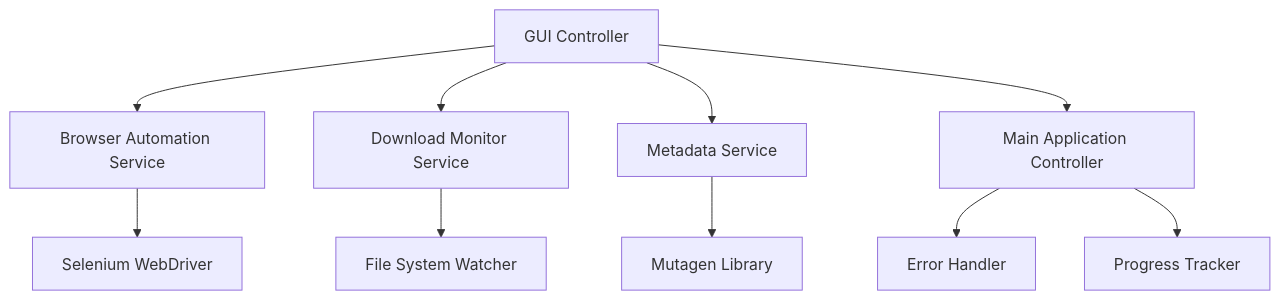
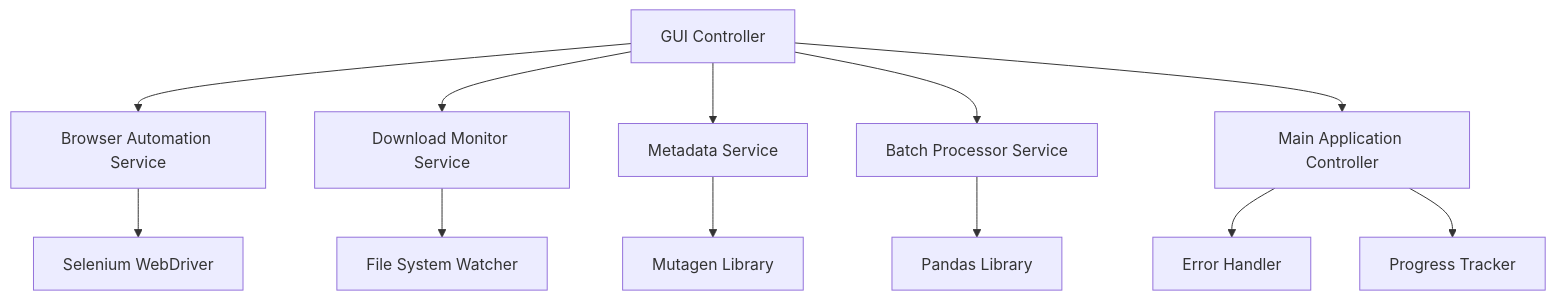
One commit to blichtle/YouTubeMP3Utility changed the diagram in .kiro/specs/youtube-mp3-downloader/design.md. Above: the diagram before and after it, drawn with Mermaid. The commit also changed other lines of this file and 4 other files, not shown here.

````diff
--- a/.kiro/specs/youtube-mp3-downloader/design.md
+++ b/.kiro/specs/youtube-mp3-downloader/design.md
@@ -13,12 +13,14 @@
 ```mermaid
 graph TB
     A[GUI Controller] --> B[Browser Automation Service]
     A --> C[Download Monitor Service]
     A --> D[Metadata Service]
+    A --> K[Batch Processor Service]
     B --> E[Selenium WebDriver]
     C --> F[File System Watcher]
     D --> G[Mutagen Library]
+    K --> L[Pandas Library]
     A --> H[Main Application Controller]
     H --> I[Error Handler]
     H --> J[Progress Tracker]
 ```
````
